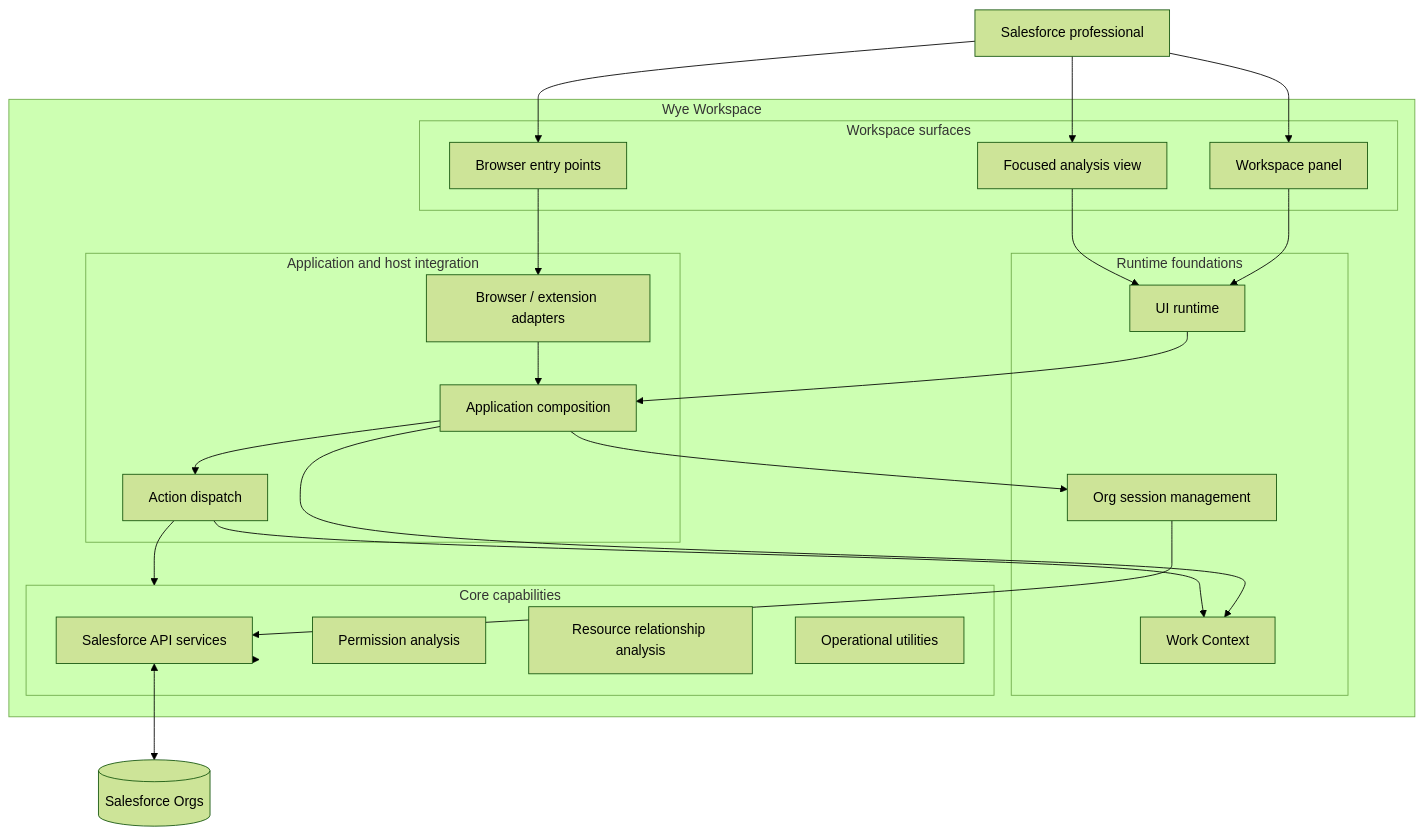
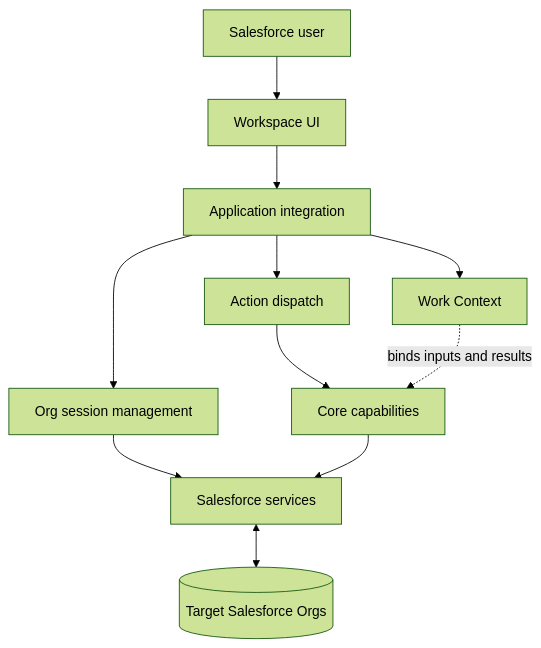
The diagram in ARCHITECTURE.md (ericann/WYE), drawn with Mermaid (forest theme) before and after one commit. The commit also changed other lines of this file, not shown here.

Commit message:
docs: condense public architecture overview

````diff
--- a/ARCHITECTURE.md
+++ b/ARCHITECTURE.md
@@ -27,44 +9,13 @@
 ```mermaid
 flowchart TB
-    USER[Salesforce professional]
-    subgraph WORKSPACE["Wye Workspace"]
-      subgraph SURFACES["Workspace surfaces"]
-        PANEL[Workspace panel]
-        FOCUS[Focused analysis view]
-        POPUP[Browser entry points]
-      end
-      subgraph APP["Application and host integration"]
-        COMPOSE[Application composition]
-        HOST[Browser / extension adapters]
-        ROUTE[Action dispatch]
-      end
-      subgraph RUNTIME["Runtime foundations"]
-        WC[Work Context]
-        SESSION[Org session management]
-        UICORE[UI runtime]
-      end
-      subgraph CORE["Core capabilities"]
-        SF[Salesforce API services]
-        PERM[Permission analysis]
-        REF[Resource relationship analysis]
-        OPS[Operational utilities]
-      end
-    end
-    ORGS[(Salesforce Orgs)]
-    USER --> PANEL
-    USER --> FOCUS
-    USER --> POPUP
-    PANEL --> UICORE
-    FOCUS --> UICORE
-    POPUP --> HOST
-    HOST --> COMPOSE
-    UICORE --> COMPOSE
-    COMPOSE --> WC
-    COMPOSE --> SESSION
-    COMPOSE --> ROUTE
-    ROUTE --> WC
-    ROUTE --> CORE
+    USER[Salesforce user] --> UI[Workspace UI]
+    UI --> APP[Application integration]
+    APP --> CTX[Work Context]
+    APP --> DISPATCH[Action dispatch]
+    APP --> SESSION[Org session management]
+    DISPATCH --> CORE[Core capabilities]
+    CTX -. binds inputs and results .-> CORE
+    SESSION --> SF[Salesforce services]
     CORE --> SF
-    SESSION --> SF
-    SF <--> ORGS
+    SF <--> ORG[(Target Salesforce Orgs)]
 ```
````
